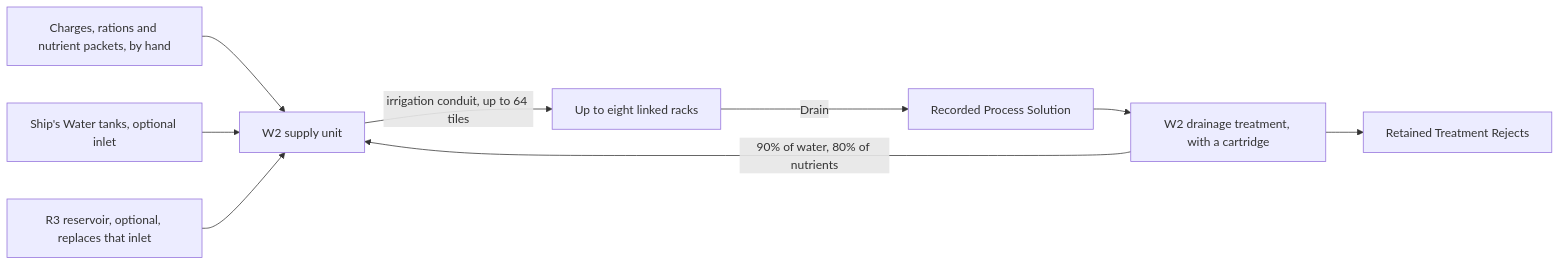
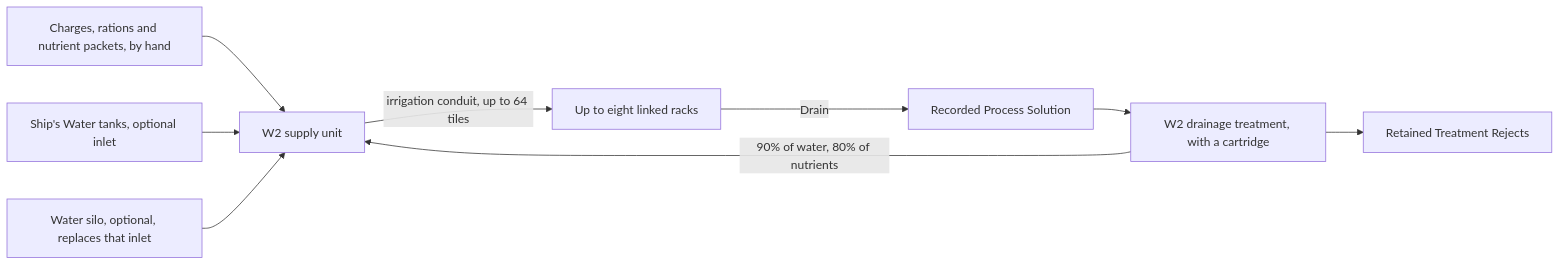
Before and after one commit to phobos-dthorga/phobos-ostranauts: the diagram in docs/fluid-network-operations.md, drawn with Mermaid. The commit also changed 126 other files, not shown here.

First line of the commit message:
Water silo ladder in Framework, reservoirs converted: Framework 0.58.0

````diff
--- a/docs/fluid-network-operations.md
+++ b/docs/fluid-network-operations.md
@@ -13,11 +13,11 @@
 ```mermaid
 flowchart LR
     Hand["Charges, rations and nutrient packets, by hand"] --> W2["W2 supply unit"]
     SW["Ship's Water tanks, optional inlet"] --> W2
-    R3["R3 reservoir, optional, replaces that inlet"] --> W2
+    Silo["Water silo, optional, replaces that inlet"] --> W2
     W2 -->|irrigation conduit, up to 64 tiles| Racks["Up to eight linked racks"]
     Racks -->|Drain| Sol["Recorded Process Solution"]
     Sol --> Treat["W2 drainage treatment, with a cartridge"]
     Treat -->|90% of water, 80% of nutrients| W2
     Treat --> Rej["Retained Treatment Rejects"]
 ```
````
